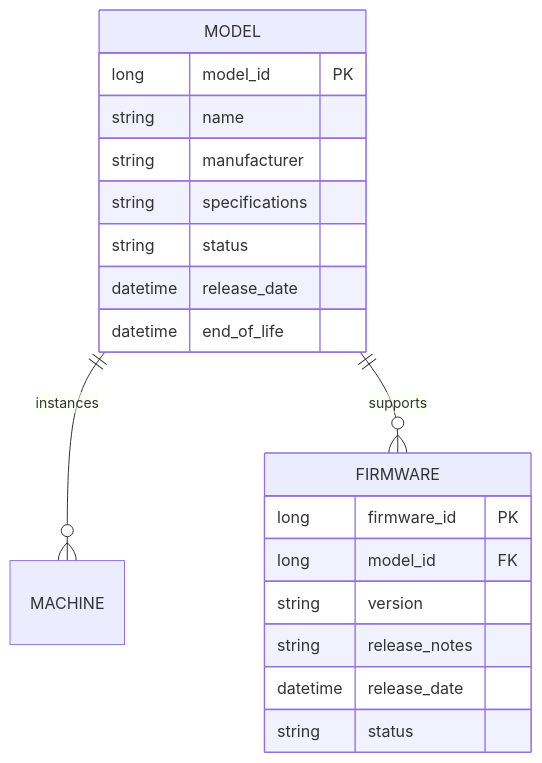
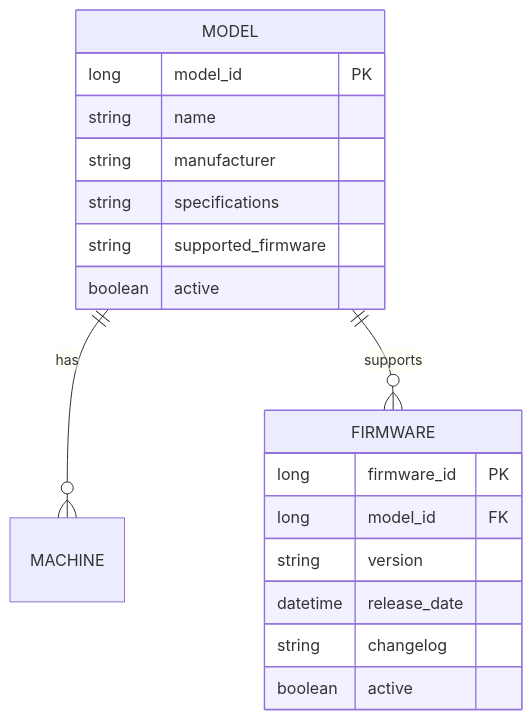
One commit to pepices/PBLEntradaUnica changed the second of 2 diagrams in docs/entities/model.md. Above: the diagram before and after it, drawn with Mermaid. The commit also changed other lines of this file and 3 other files, not shown here.

Commit message:
Add process flow diagrams to remaining documentation

````diff
--- a/docs/entities/model.md
+++ b/docs/entities/model.md
@@ -7,22 +27,21 @@
 ```mermaid
 erDiagram
-    MODEL ||--o{ MACHINE : "instances"
+    MODEL ||--o{ MACHINE : "has"
     MODEL ||--o{ FIRMWARE : "supports"
     MODEL {
         long model_id PK
         string name
         string manufacturer
         string specifications
-        string status
-        datetime release_date
-        datetime end_of_life
+        string supported_firmware
+        boolean active
     }
     FIRMWARE {
         long firmware_id PK
         long model_id FK
         string version
-        string release_notes
         datetime release_date
-        string status
+        string changelog
+        boolean active
     }
 ```
````
